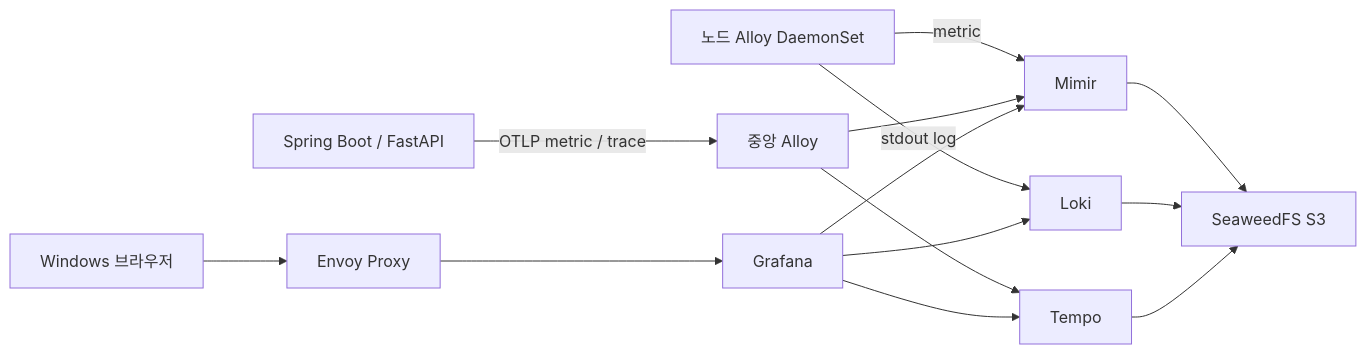
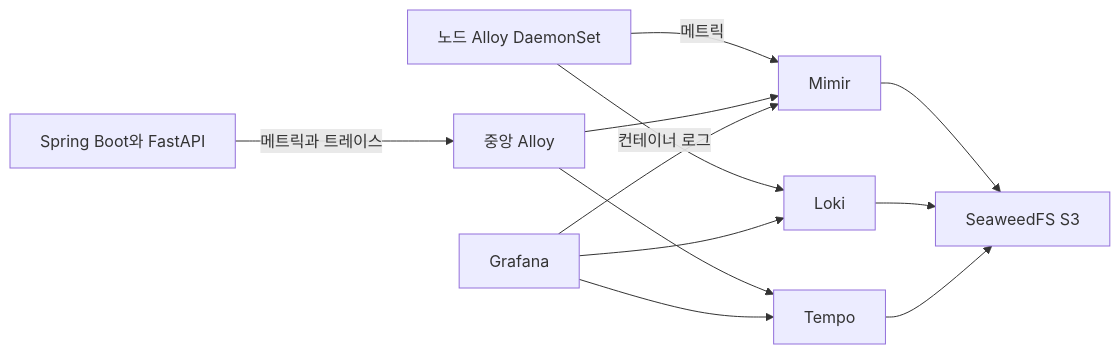
The diagram in README.md (ud0412/observability_practice), drawn with Mermaid before and after one commit. The commit also changed other lines of this file and 91 other files, not shown here.

````diff
--- a/README.md
+++ b/README.md
@@ -7,16 +23,14 @@
 ```mermaid
 flowchart LR
-  N[노드 Alloy DaemonSet] -->|metric| M[Mimir]
-  N -->|stdout log| L[Loki]
-  B[Spring Boot / FastAPI] -->|OTLP metric / trace| A[중앙 Alloy]
+  N[노드 Alloy DaemonSet] -->|메트릭| M[Mimir]
+  N -->|컨테이너 로그| L[Loki]
+  B[Spring Boot와 FastAPI] -->|메트릭과 트레이스| A[중앙 Alloy]
   A --> M
   A --> T[Tempo]
   M --> S[SeaweedFS S3]
   L --> S
   T --> S
   G[Grafana] --> M
   G --> L
   G --> T
-  W[Windows 브라우저] --> E[Envoy Proxy]
-  E --> G
 ```
````
